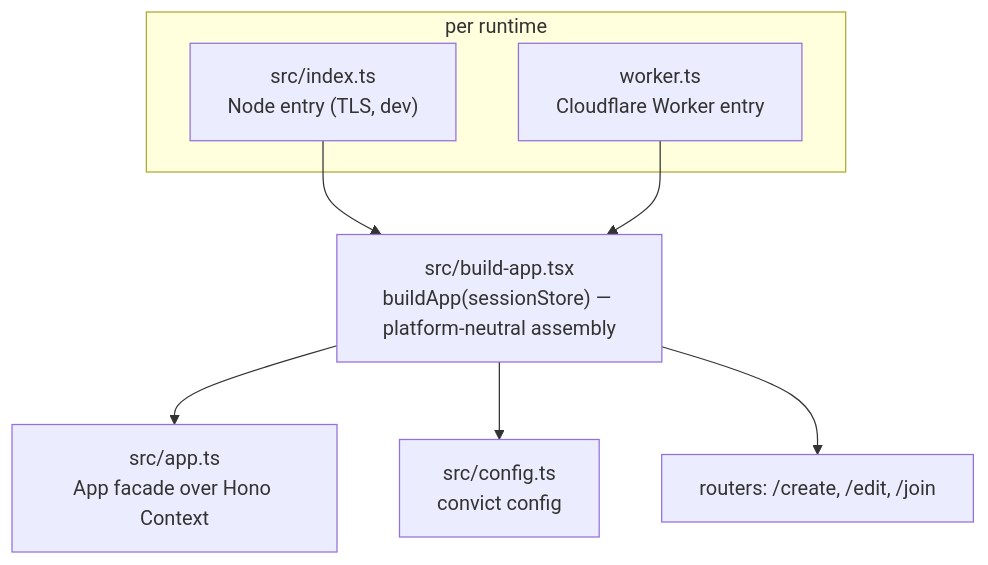
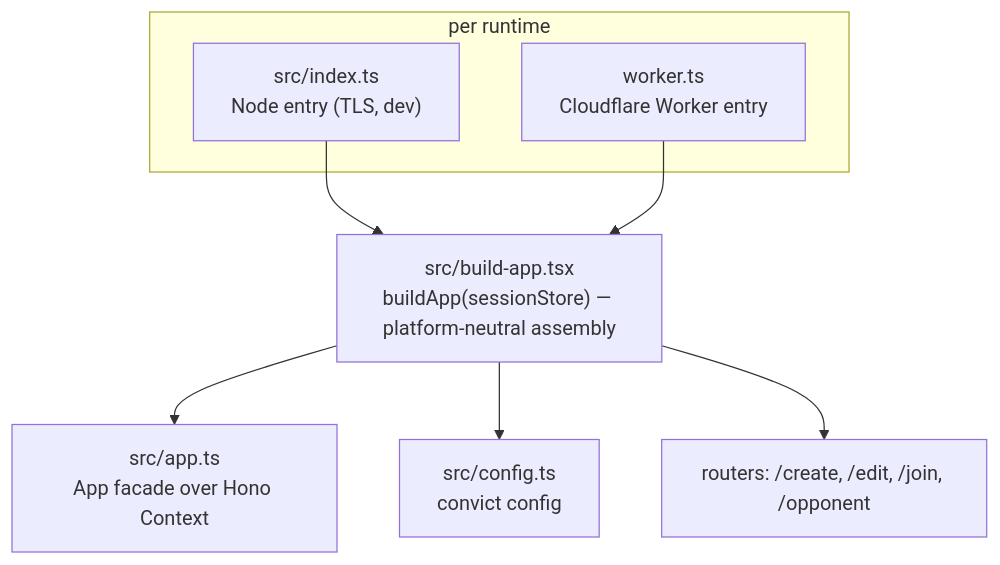
The diagram in docs/arc42/05-building-block-view.md (HonoluluHenk/postpony), drawn with Mermaid before and after one commit. The commit also changed other lines of this file and 9 other files, not shown here.

````diff
--- a/docs/arc42/05-building-block-view.md
+++ b/docs/arc42/05-building-block-view.md
@@ -5,16 +5,16 @@
 ```mermaid
 flowchart TB
     subgraph Runtime["per runtime"]
         NODE["src/index.ts<br/>Node entry (TLS, dev)"]
         WRK["worker.ts<br/>Cloudflare Worker entry"]
     end
     BA["src/build-app.tsx<br/>buildApp(sessionStore) — platform-neutral assembly"]
     NODE --> BA
     WRK --> BA
     APP["src/app.ts<br/>App facade over Hono Context"]
     CFG["src/config.ts<br/>convict config"]
     BA --> APP
     BA --> CFG
-    ROUTES["routers: /create, /edit, /join"]
+    ROUTES["routers: /create, /edit, /join, /opponent"]
     BA --> ROUTES
 ```
````
